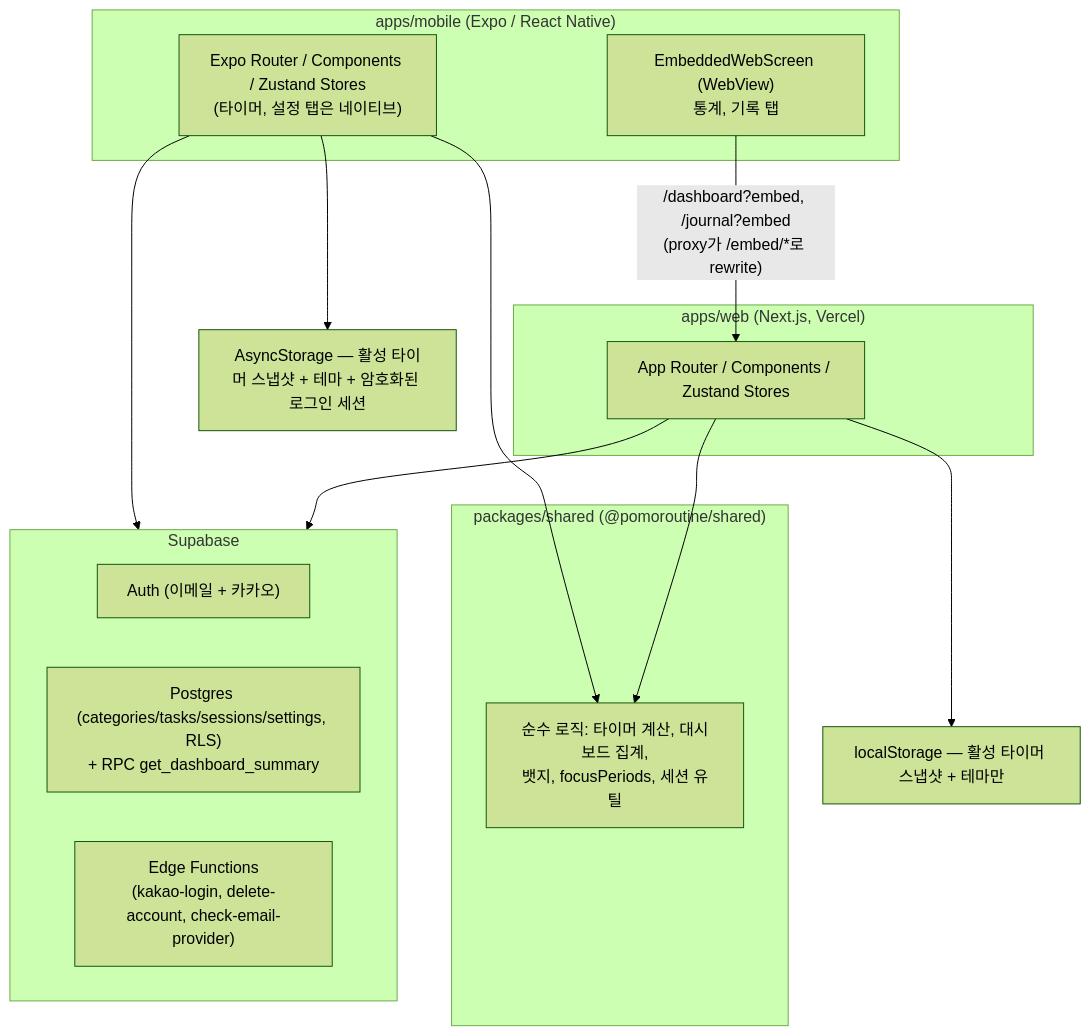
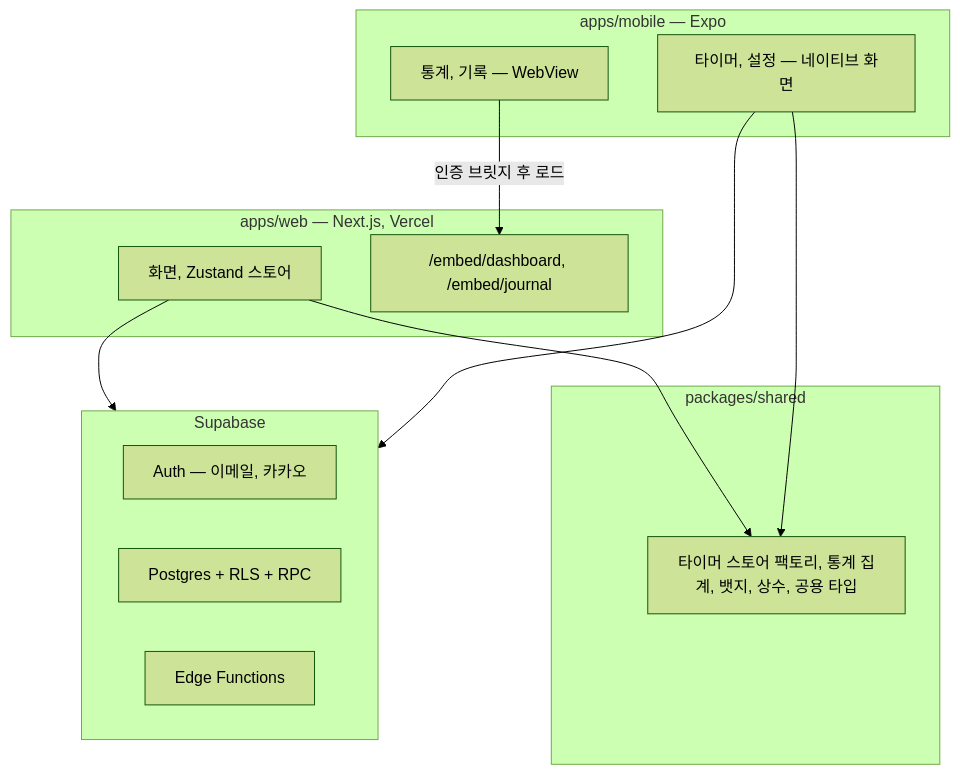
One commit to aaaz425/pomodash changed the first of 3 diagrams in docs/specs/architecture-diagram.md. Above: the diagram before and after it, drawn with Mermaid (forest theme). The commit also changed other lines of this file, not shown here.

````diff
--- a/docs/specs/architecture-diagram.md
+++ b/docs/specs/architecture-diagram.md
@@ -9,30 +8,25 @@
 ```mermaid
 flowchart TB
-    subgraph Web["apps/web (Next.js, Vercel)"]
-        WebApp["App Router / Components / Zustand Stores"]
+    subgraph Web["apps/web — Next.js, Vercel"]
+        WebApp["화면, Zustand 스토어"]
+        Embed["/embed/dashboard, /embed/journal"]
     end
-    subgraph Mobile["apps/mobile (Expo / React Native)"]
-        MobileApp["Expo Router / Components / Zustand Stores\n(타이머, 설정 탭은 네이티브)"]
-        WebView["EmbeddedWebScreen (WebView)\n통계, 기록 탭"]
+    subgraph Mobile["apps/mobile — Expo"]
+        Native["타이머, 설정 — 네이티브 화면"]
+        WebView["통계, 기록 — WebView"]
     end
-    subgraph Shared["packages/shared (@pomoroutine/shared)"]
-        SharedLib["순수 로직: 타이머 계산, 대시보드 집계,\n뱃지, focusPeriods, 세션 유틸"]
+    subgraph Shared["packages/shared"]
+        Logic["타이머 스토어 팩토리, 통계 집계, 뱃지, 상수, 공용 타입"]
+    end
+    subgraph Supabase["Supabase"]
+        Auth["Auth — 이메일, 카카오"]
+        DB["Postgres + RLS + RPC"]
+        Edge["Edge Functions"]
     end
 
-    subgraph Supabase["Supabase"]
-        Auth["Auth (이메일 + 카카오)"]
-        DB["Postgres (categories/tasks/sessions/settings, RLS)\n+ RPC get_dashboard_summary"]
-        Edge["Edge Functions\n(kakao-login, delete-account, check-email-provider)"]
-    end
-
-    WebApp --> SharedLib
-    MobileApp --> SharedLib
+    WebApp --> Logic
+    Native --> Logic
+    WebView -->|인증 브릿지 후 로드| Embed
     WebApp --> Supabase
-    MobileApp --> Supabase
-    WebView -->|"/dashboard?embed, /journal?embed\n(proxy가 /embed/*로 rewrite)"| WebApp
-
-    LS["localStorage — 활성 타이머 스냅샷 + 테마만"]
-    AS["AsyncStorage — 활성 타이머 스냅샷 + 테마 + 암호화된 로그인 세션"]
-    WebApp --> LS
-    MobileApp --> AS
+    Native --> Supabase
 ```
````
